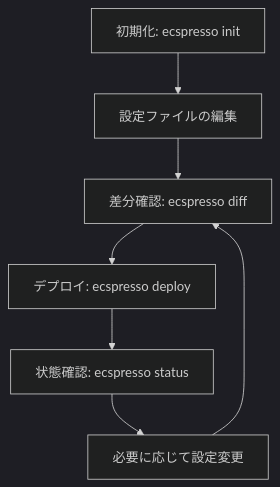
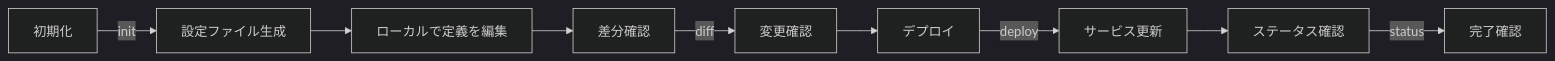
The diagram in ecspresso/quickstart/basic-usage.md (bufferings/devin-docs), drawn with Mermaid (dark theme) before and after one commit. The commit also changed other lines of this file and 29 other files, not shown here.

````diff
--- a/ecspresso/quickstart/basic-usage.md
+++ b/ecspresso/quickstart/basic-usage.md
@@ -78,9 +82,11 @@
 ```mermaid
-graph TD
-    A[初期化: ecspresso init] --> B[設定ファイルの編集]
-    B --> C[差分確認: ecspresso diff]
-    C --> D[デプロイ: ecspresso deploy]
-    D --> E[状態確認: ecspresso status]
-    E --> F[必要に応じて設定変更]
-    F --> C
+graph LR
+    A[初期化] -->|init| B[設定ファイル生成]
+    B --> C[ローカルで定義を編集]
+    C --> D[差分確認]
+    D -->|diff| E[変更確認]
+    E --> F[デプロイ]
+    F -->|deploy| G[サービス更新]
+    G --> H[ステータス確認]
+    H -->|status| I[完了確認]
 ```
````
